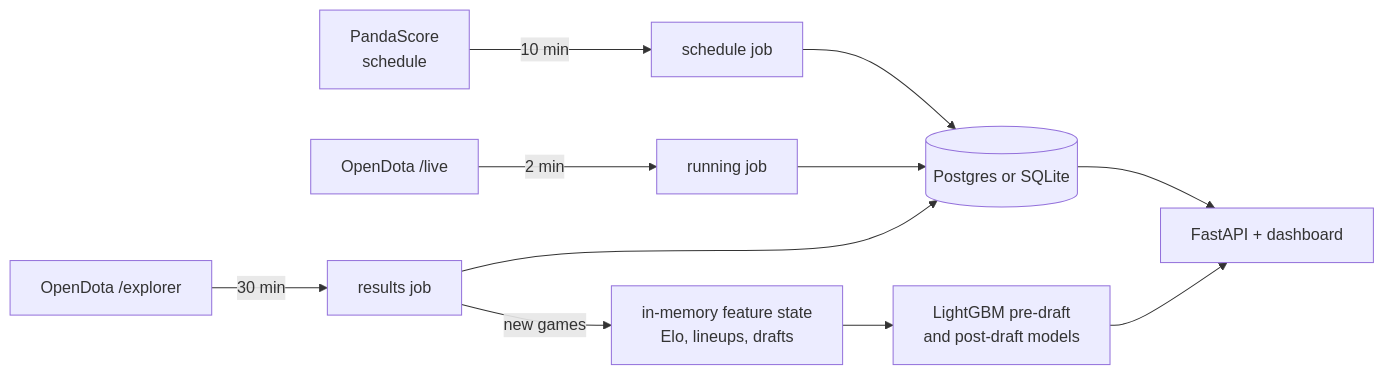
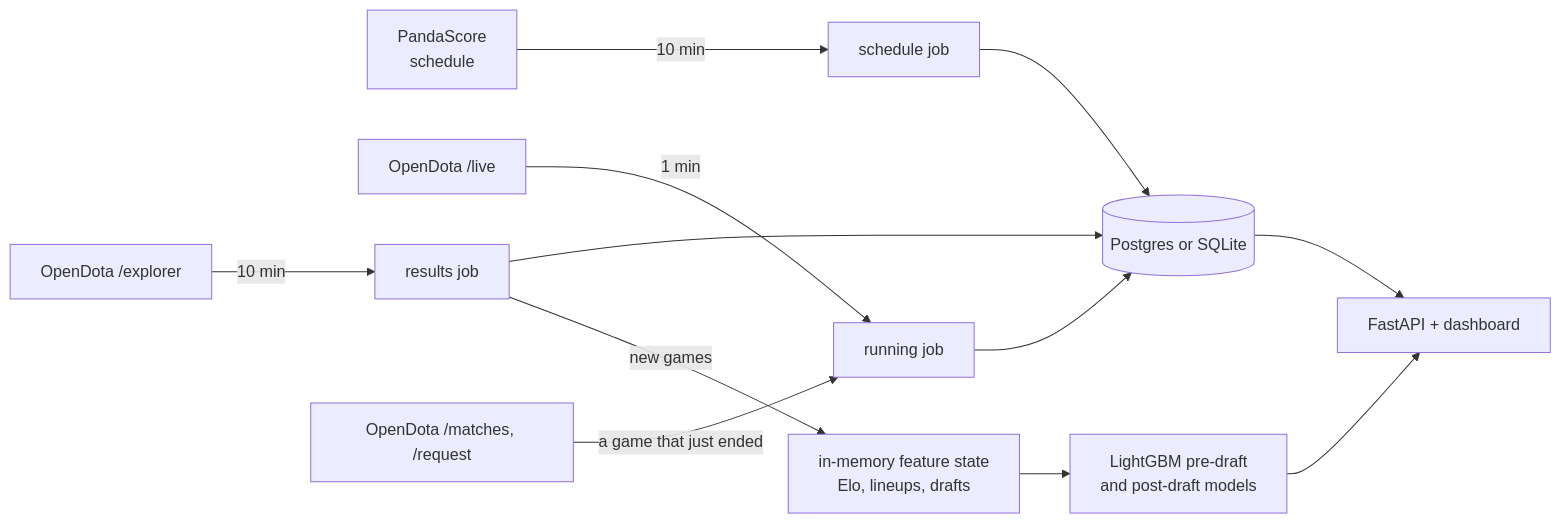
One commit to neoblades02/dota2-prediction changed the diagram in README.md. Above: the diagram before and after it, drawn with Mermaid. The commit also changed other lines of this file and 7 other files, not shown here.

First line of the commit message:
Keep every game seen live, fetch it the minute it ends, poll the live feed every minute

````diff
--- a/README.md
+++ b/README.md
@@ -28,13 +28,14 @@
 ```mermaid
 flowchart LR
   PS[PandaScore<br>schedule] -->|10 min| SCH[schedule job]
-  ODL[OpenDota /live] -->|2 min| RUN[running job]
-  ODE[OpenDota /explorer] -->|30 min| RES[results job]
+  ODL[OpenDota /live] -->|1 min| RUN[running job]
+  ODE[OpenDota /explorer] -->|10 min| RES[results job]
+  ODM[OpenDota /matches, /request] -->|a game that just ended| RUN
   SCH --> DB[(Postgres or SQLite)]
   RUN --> DB
   RES --> DB
   RES -->|new games| STATE[in-memory feature state<br>Elo, lineups, drafts]
   STATE --> PRED[LightGBM pre-draft<br>and post-draft models]
   PRED --> API[FastAPI + dashboard]
   DB --> API
 ```
````
